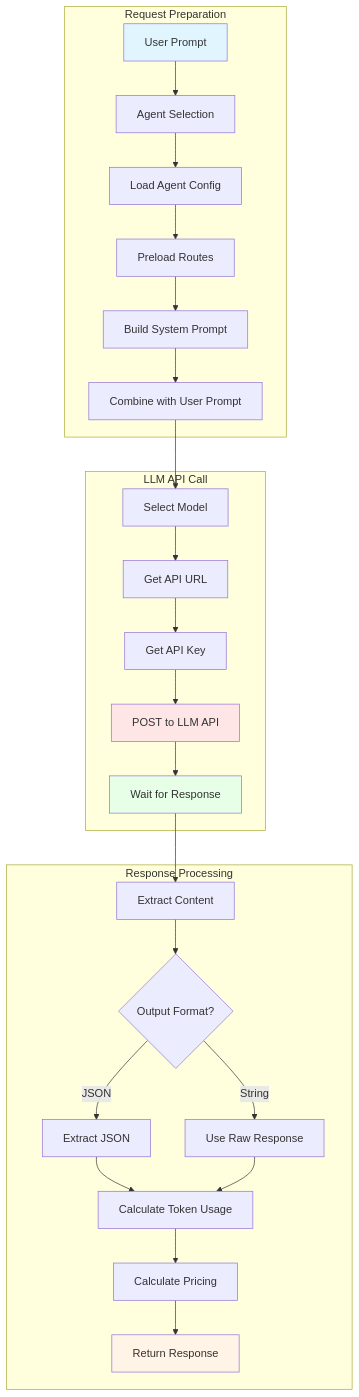
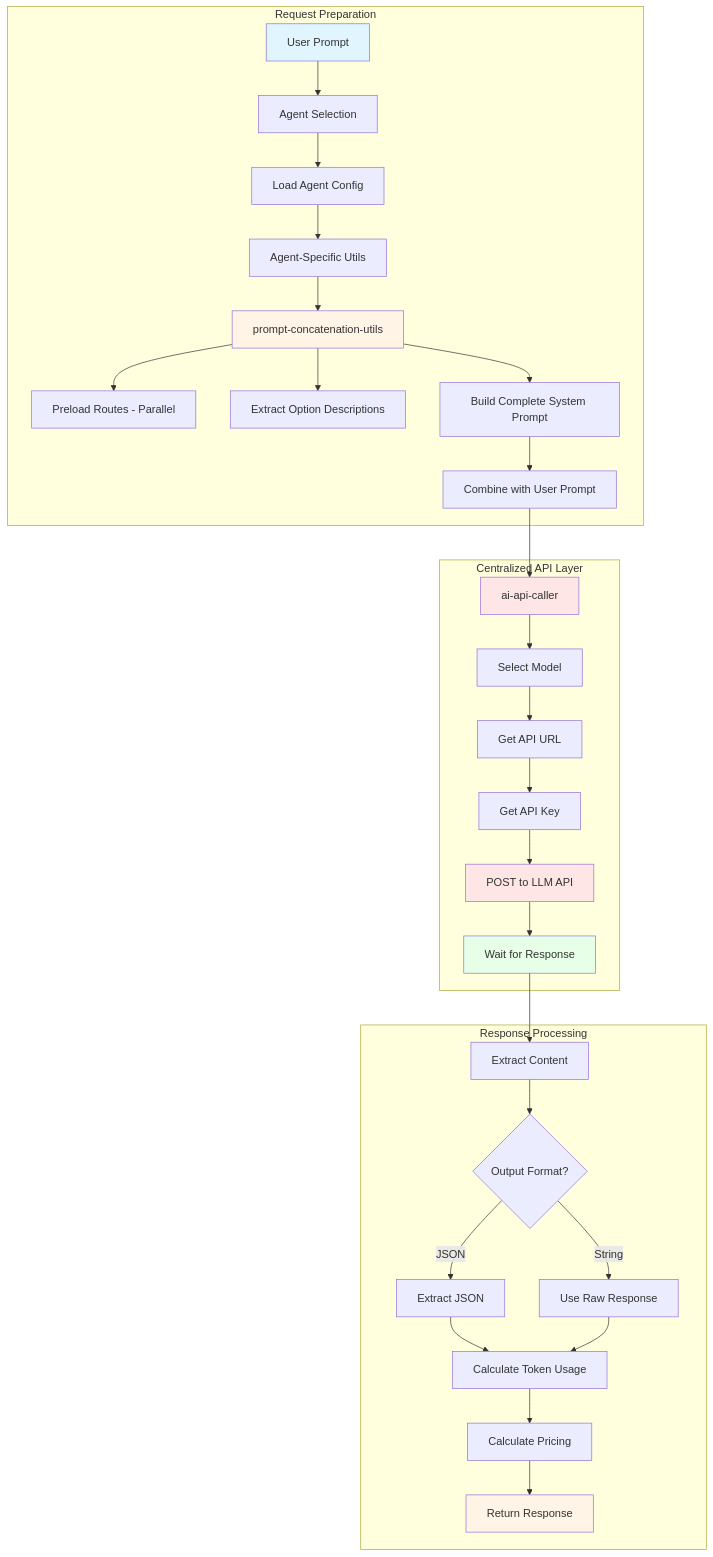
One commit to Gradian-me/gradian-app changed the fifth of 8 diagrams in src/docs/ai-builder/ARCHITECTURE.md. Above: the diagram before and after it, drawn with Mermaid. The commit also changed other lines of this file and 28 other files, not shown here.

````diff
--- a/src/docs/ai-builder/ARCHITECTURE.md
+++ b/src/docs/ai-builder/ARCHITECTURE.md
@@ -148,34 +158,40 @@
 ```mermaid
 graph TB
     subgraph "Request Preparation"
         A[User Prompt] --> B[Agent Selection]
         B --> C[Load Agent Config]
-        C --> D[Preload Routes]
-        D --> E[Build System Prompt]
-        E --> F[Combine with User Prompt]
+        C --> D[Agent-Specific Utils]
+        D --> E[prompt-concatenation-utils]
+        E --> F[Preload Routes - Parallel]
+        E --> G[Extract Option Descriptions]
+        E --> H[Build Complete System Prompt]
+        H --> I[Combine with User Prompt]
     end
 
-    subgraph "LLM API Call"
-        F --> G[Select Model]
-        G --> H[Get API URL]
-        H --> I[Get API Key]
-        I --> J[POST to LLM API]
-        J --> K[Wait for Response]
+    subgraph "Centralized API Layer"
+        I --> J[ai-api-caller]
+        J --> K[Select Model]
+        K --> L[Get API URL]
+        L --> M[Get API Key]
+        M --> N[POST to LLM API]
+        N --> O[Wait for Response]
     end
 
     subgraph "Response Processing"
-        K --> L[Extract Content]
-        L --> M{Output Format?}
-        M -->|JSON| N[Extract JSON]
-        M -->|String| O[Use Raw Response]
-        N --> P[Calculate Token Usage]
-        O --> P
-        P --> Q[Calculate Pricing]
-        Q --> R[Return Response]
+        O --> P[Extract Content]
+        P --> Q{Output Format?}
+        Q -->|JSON| R[Extract JSON]
+        Q -->|String| S[Use Raw Response]
+        R --> T[Calculate Token Usage]
+        S --> T
+        T --> U[Calculate Pricing]
+        U --> V[Return Response]
     end
 
     style A fill:#e1f5ff
+    style E fill:#fff4e6
     style J fill:#ffe6e6
-    style K fill:#e6ffe6
-    style R fill:#fff4e6
+    style N fill:#ffe6e6
+    style O fill:#e6ffe6
+    style V fill:#fff4e6
 ```
````
